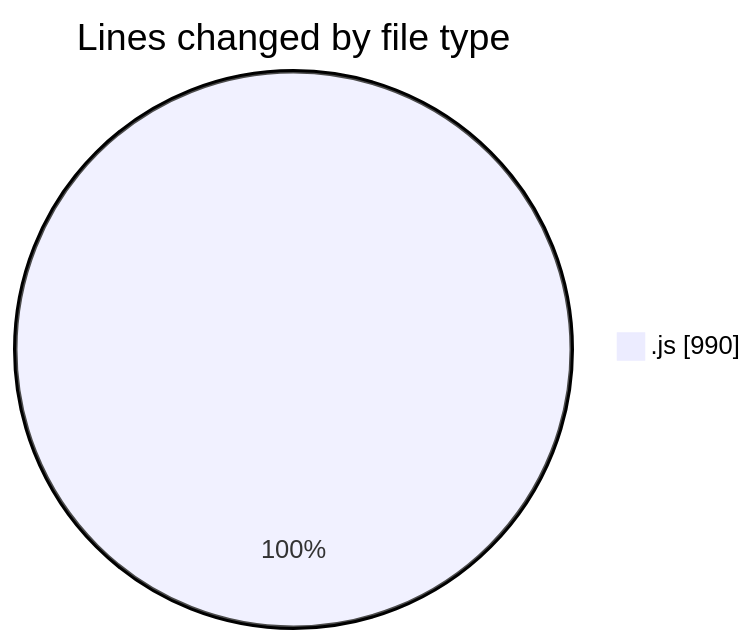
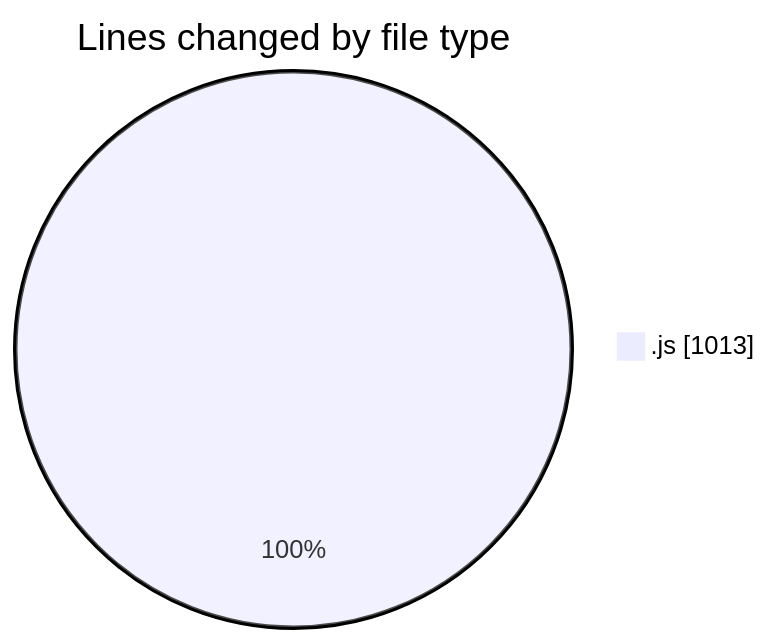
One commit to BS-eng2023/code-tracking changed the first of 2 diagrams in 2025-03-31/jsvms/README.md. Above: the diagram before and after it, drawn with Mermaid. The commit also changed other lines of this file and 1 other file, not shown here.

````diff
--- a/2025-03-31/jsvms/README.md
+++ b/2025-03-31/jsvms/README.md
@@ -31,5 +31,5 @@
 ```mermaid
 pie showData
 title Lines changed by file type
-".js" : 990
+".js" : 1013
 ```
````
